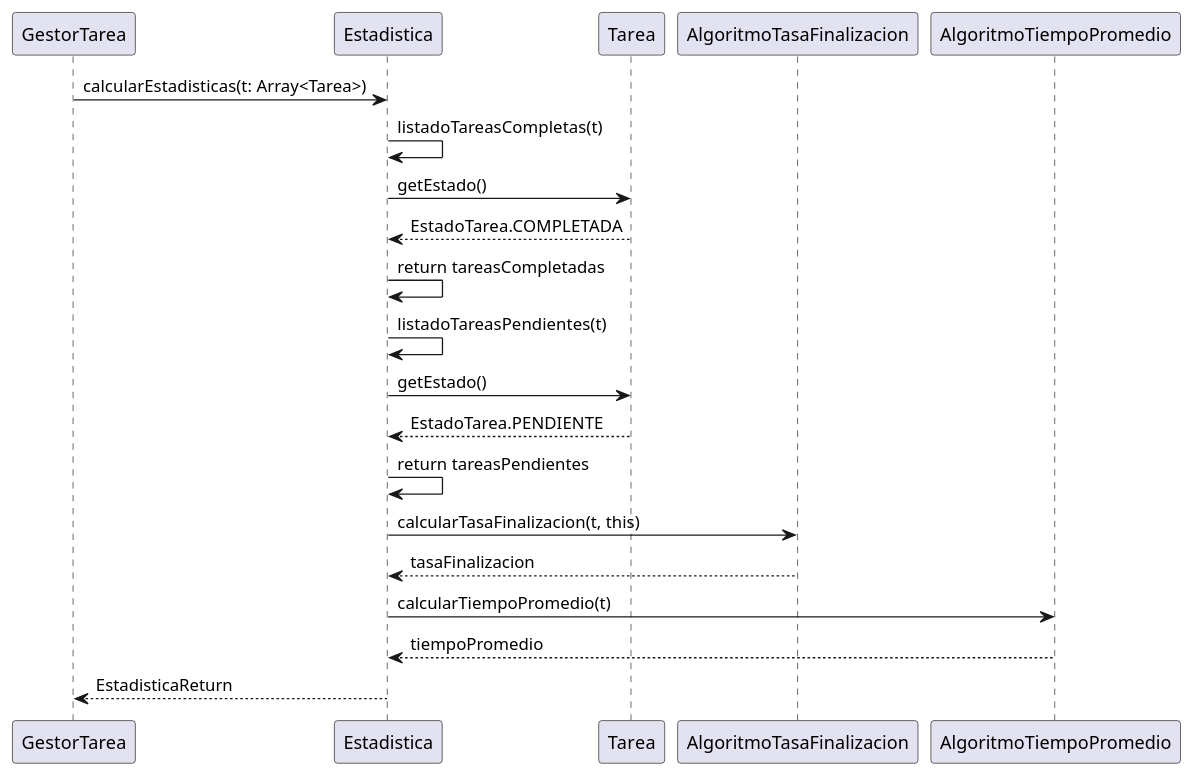
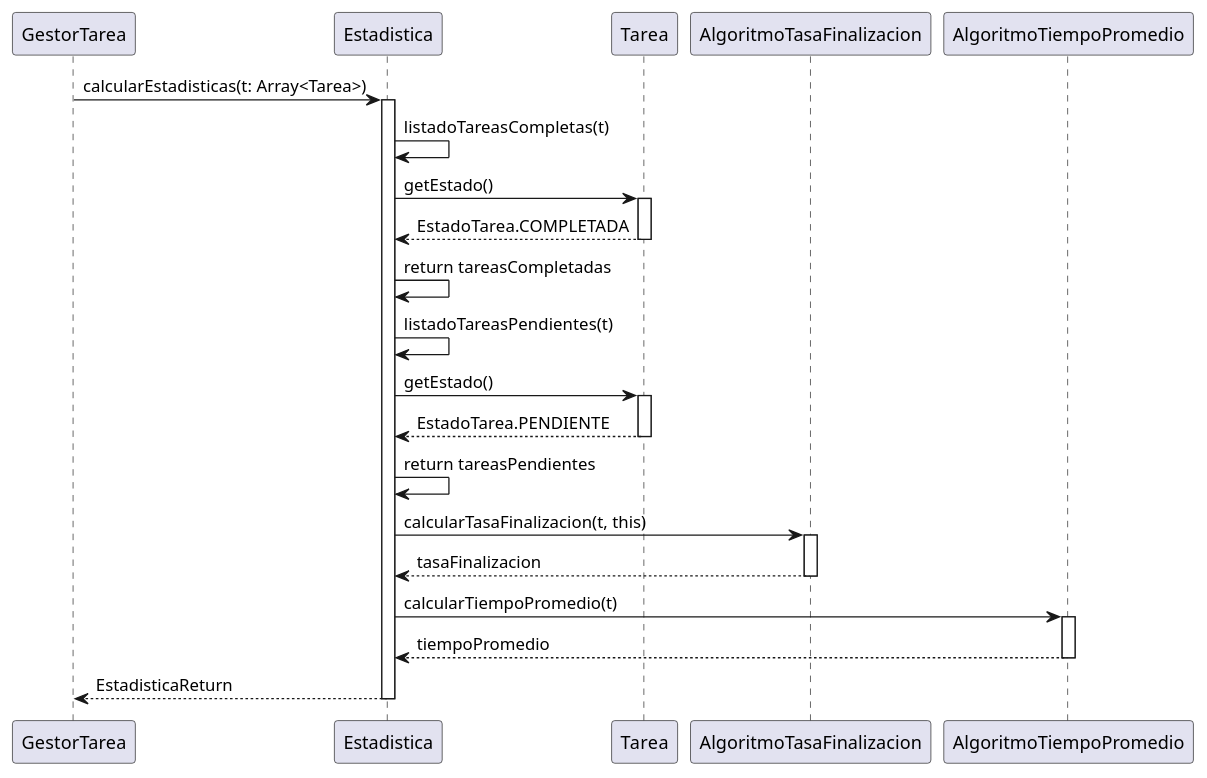
Before and after one commit to Gabriel-Baluzzo/todo_app: the diagram in diagramas/ejecucionEstadistica.puml, drawn with PlantUML.

Commit message:
diagramas ejecucion actualizado

```diff
--- a/diagramas/ejecucionEstadistica.puml
+++ b/diagramas/ejecucionEstadistica.puml
@@ -1,26 +1,37 @@
 @startuml Ejecucion de estadistica.
 participant GestorTarea
 participant Estadistica
 participant Tarea
 participant AlgoritmoTasaFinalizacion
 participant AlgoritmoTiempoPromedio
 
 GestorTarea -> Estadistica: calcularEstadisticas(t: Array<Tarea>)
+activate Estadistica
 Estadistica -> Estadistica: listadoTareasCompletas(t)
 Estadistica -> Tarea: getEstado()
+activate Tarea
 Tarea --> Estadistica: EstadoTarea.COMPLETADA
+deactivate Tarea
 Estadistica -> Estadistica: return tareasCompletadas
+
 
 Estadistica -> Estadistica: listadoTareasPendientes(t)
 Estadistica -> Tarea: getEstado()
+activate Tarea
 Tarea --> Estadistica: EstadoTarea.PENDIENTE
+deactivate Tarea
 Estadistica -> Estadistica: return tareasPendientes
 
 Estadistica -> AlgoritmoTasaFinalizacion: calcularTasaFinalizacion(t, this)
+activate AlgoritmoTasaFinalizacion
 AlgoritmoTasaFinalizacion --> Estadistica: tasaFinalizacion
+deactivate AlgoritmoTasaFinalizacion
 
 Estadistica -> AlgoritmoTiempoPromedio: calcularTiempoPromedio(t)
+activate AlgoritmoTiempoPromedio
 AlgoritmoTiempoPromedio --> Estadistica: tiempoPromedio
+deactivate AlgoritmoTiempoPromedio
 
 Estadistica --> GestorTarea: EstadisticaReturn
+deactivate Estadistica
 @enduml
```
